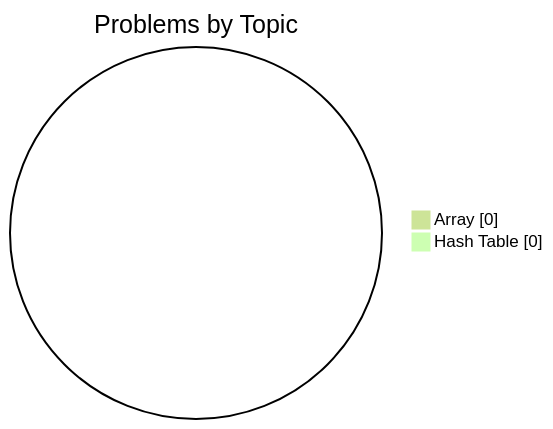
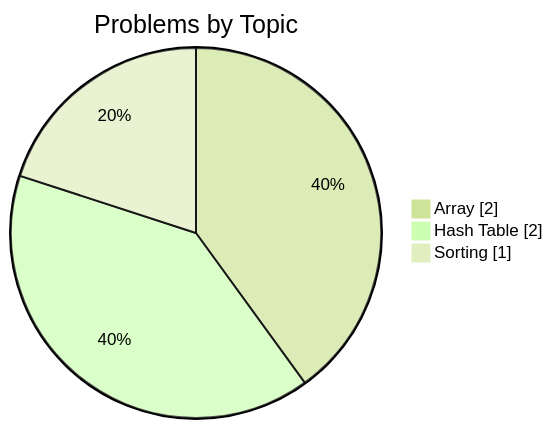
Before and after one commit to JakubPakula1/gitcode-solutions: the third of 6 diagrams in README.md, drawn with Mermaid (forest theme). The commit also changed other lines of this file, not shown here.

````diff
--- a/README.md
+++ b/README.md
@@ -137,6 +140,7 @@
 ```mermaid
 pie showData
     title Problems by Topic
-    "Array" : 0
-    "Hash Table" : 0
+    "Array" : 2
+    "Hash Table" : 2
+    "Sorting" : 1
 ```
````
